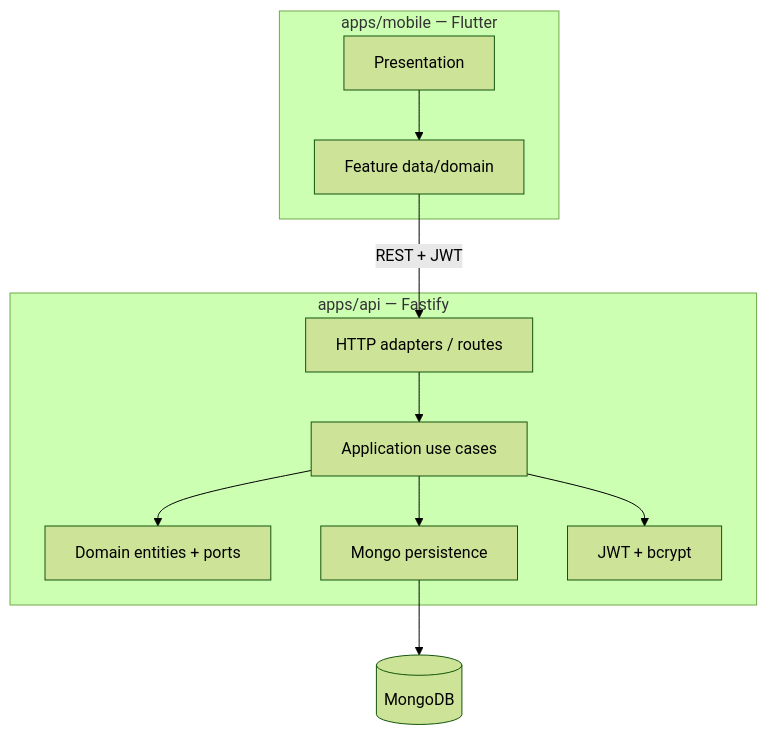
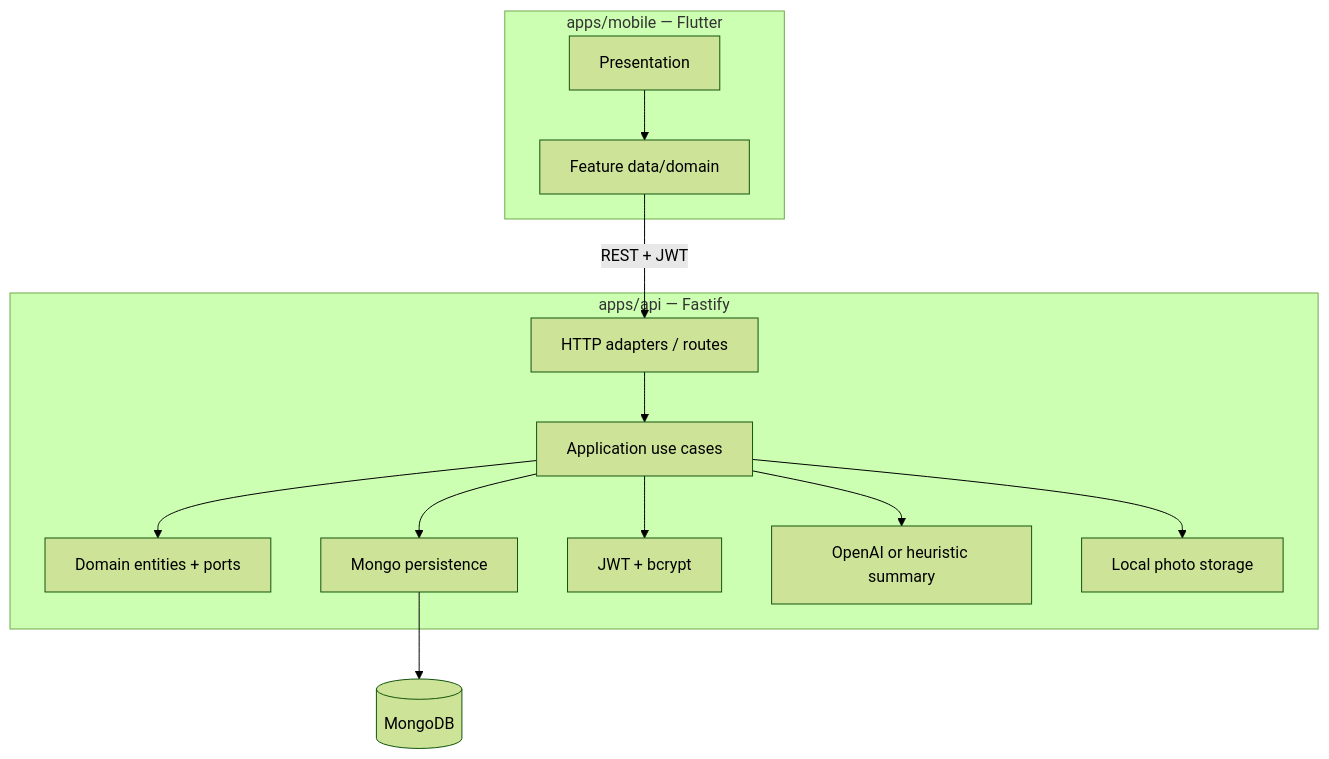
The diagram in README.md (Gabyresina15/RondaPro), drawn with Mermaid (forest theme) before and after one commit. The commit also changed other lines of this file and 38 other files, not shown here.

Commit message:
feat: slice 2 rondas + photos + LLM summary + historial

````diff
--- a/README.md
+++ b/README.md
@@ -13,22 +11,26 @@
 ```mermaid
 flowchart TB
   subgraph mobile [apps/mobile — Flutter]
     UI[Presentation]
     AppLayer[Feature data/domain]
     UI --> AppLayer
   end
 
   subgraph api [apps/api — Fastify]
     HTTP[HTTP adapters / routes]
     UseCases[Application use cases]
     Domain[Domain entities + ports]
     Persist[Mongo persistence]
     Sec[JWT + bcrypt]
+    LLM[OpenAI or heuristic summary]
+    Files[Local photo storage]
     HTTP --> UseCases --> Domain
     UseCases --> Persist
     UseCases --> Sec
+    UseCases --> LLM
+    UseCases --> Files
   end
 
   AppLayer -->|REST + JWT| HTTP
   Persist --> Mongo[(MongoDB)]
 ```
````
